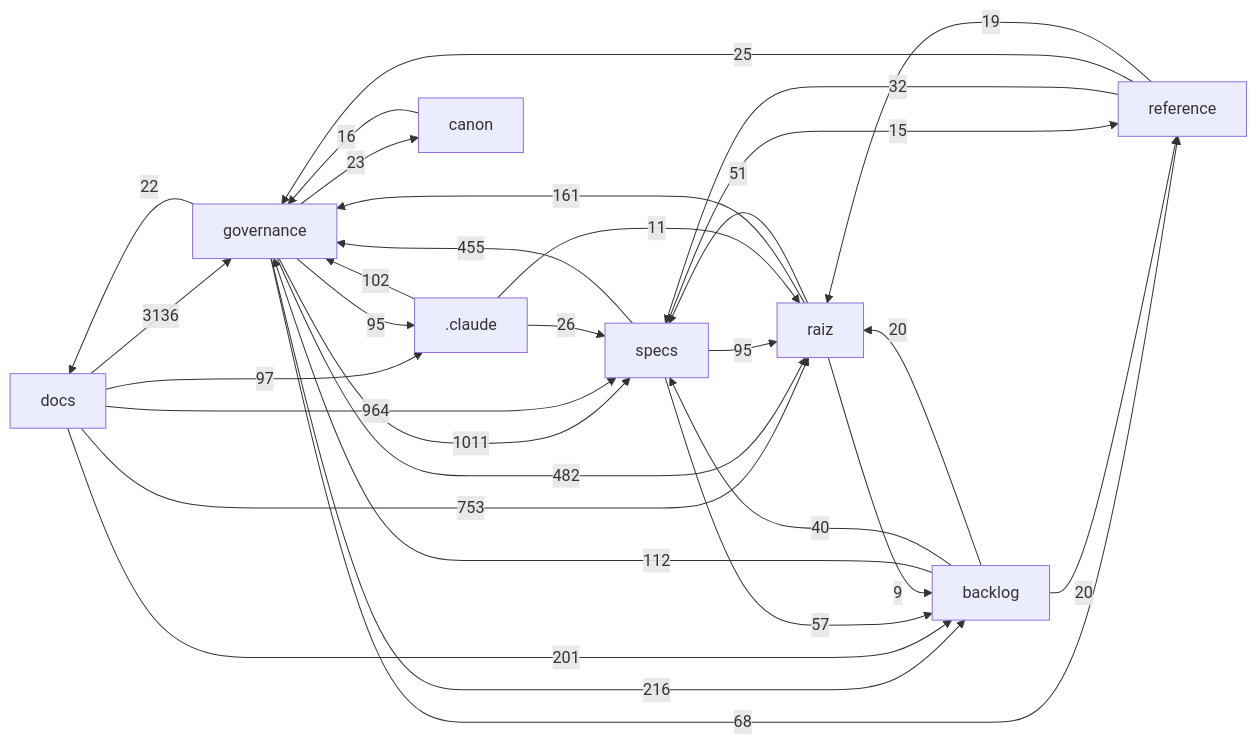
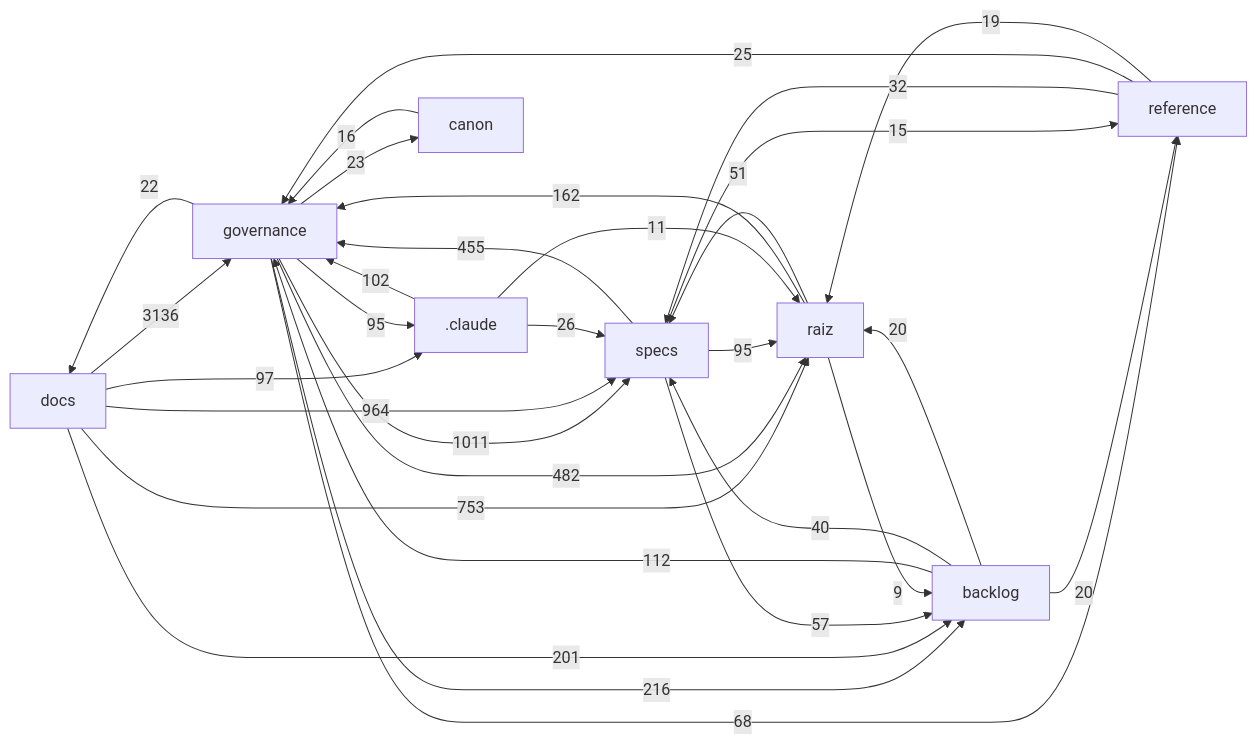
One commit to Andraus35/Sistema-Operacional-de-Trading--SOT changed the diagram in docs/mapa/MAPA-PROJETO.md. Above: the diagram before and after it, drawn with Mermaid. The commit also changed other lines of this file and 1 other file, not shown here.

````diff
--- a/docs/mapa/MAPA-PROJETO.md
+++ b/docs/mapa/MAPA-PROJETO.md
@@ -29,33 +29,33 @@
 ```mermaid
 flowchart LR
   docs["docs"] -->|3136| governance["governance"]
   governance["governance"] -->|1011| specs["specs"]
   docs["docs"] -->|964| specs["specs"]
   docs["docs"] -->|753| raiz["raiz"]
   governance["governance"] -->|482| raiz["raiz"]
   specs["specs"] -->|455| governance["governance"]
   governance["governance"] -->|216| backlog["backlog"]
   docs["docs"] -->|201| backlog["backlog"]
-  raiz["raiz"] -->|161| governance["governance"]
+  raiz["raiz"] -->|162| governance["governance"]
   backlog["backlog"] -->|112| governance["governance"]
   _claude[".claude"] -->|102| governance["governance"]
   docs["docs"] -->|97| _claude[".claude"]
   governance["governance"] -->|95| _claude[".claude"]
   specs["specs"] -->|95| raiz["raiz"]
   governance["governance"] -->|68| reference["reference"]
   specs["specs"] -->|57| backlog["backlog"]
   raiz["raiz"] -->|51| specs["specs"]
   backlog["backlog"] -->|40| specs["specs"]
   reference["reference"] -->|32| specs["specs"]
   _claude[".claude"] -->|26| specs["specs"]
   reference["reference"] -->|25| governance["governance"]
   governance["governance"] -->|23| canon["canon"]
   governance["governance"] -->|22| docs["docs"]
   backlog["backlog"] -->|20| raiz["raiz"]
   backlog["backlog"] -->|20| reference["reference"]
   reference["reference"] -->|19| raiz["raiz"]
   canon["canon"] -->|16| governance["governance"]
   specs["specs"] -->|15| reference["reference"]
   _claude[".claude"] -->|11| raiz["raiz"]
   raiz["raiz"] -->|9| backlog["backlog"]
 ```
````
